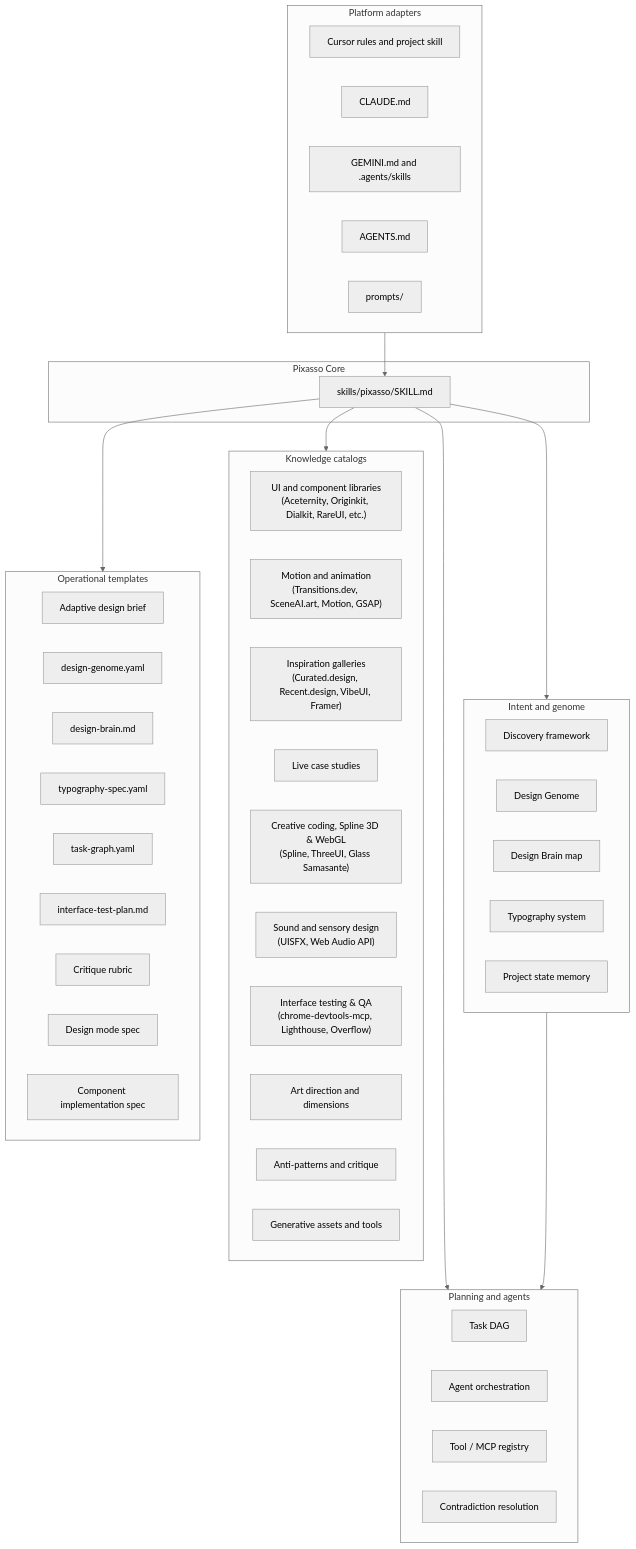
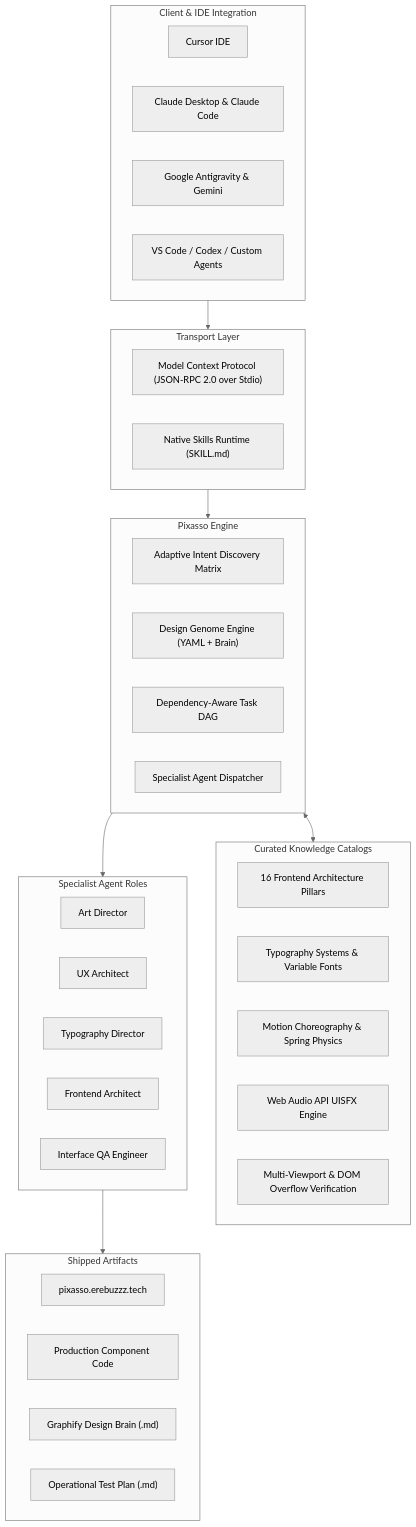
Before and after one commit to Erebuzzz/pixasso: the first of 5 diagrams in README.md, drawn with Mermaid (neutral theme). The commit also changed other lines of this file and 97 other files, not shown here.

Commit message:
feat: complete end-to-end frontend orchestrator, mcp server, showcase site, and multi-platform installer

````diff
--- a/README.md
+++ b/README.md
@@ -99,61 +80,50 @@
 ```mermaid
 flowchart TB
-    subgraph Core ["Pixasso Core"]
-        SKILL["skills/pixasso/SKILL.md"]
+    subgraph ClientLayer ["Client & IDE Integration"]
+        Cursor["Cursor IDE"]
+        Claude["Claude Desktop & Claude Code"]
+        Antigravity["Google Antigravity & Gemini"]
+        Codex["VS Code / Codex / Custom Agents"]
     end
 
-    subgraph Intent ["Intent and genome"]
-        DISC["Discovery framework"]
-        GENOME["Design Genome"]
-        BRAIN["Design Brain map"]
-        TYPE["Typography system"]
-        MEM["Project state memory"]
+    subgraph Protocol ["Transport Layer"]
+        JSONRPC["Model Context Protocol (JSON-RPC 2.0 over Stdio)"]
+        SkillsShim["Native Skills Runtime (SKILL.md)"]
     end
 
-    subgraph Plan ["Planning and agents"]
-        DAG["Task DAG"]
-        ORCH["Agent orchestration"]
-        TOOLS["Tool / MCP registry"]
-        CONTR["Contradiction resolution"]
+    subgraph PixassoCore ["Pixasso Engine"]
+        Discovery["Adaptive Intent Discovery Matrix"]
+        Genome["Design Genome Engine (YAML + Brain)"]
+        TaskDAG["Dependency-Aware Task DAG"]
+        Orchestrator["Specialist Agent Dispatcher"]
     end
 
-    subgraph References ["Knowledge catalogs"]
-        UI_REF["UI and component libraries<br/>(Aceternity, Originkit, Dialkit, RareUI, etc.)"]
-        MOTION_REF["Motion and animation<br/>(Transitions.dev, SceneAI.art, Motion, GSAP)"]
-        GALLERY_REF["Inspiration galleries<br/>(Curated.design, Recent.design, VibeUI, Framer)"]
-        CASES_REF["Live case studies"]
-        CREATIVE_REF["Creative coding, Spline 3D & WebGL<br/>(Spline, ThreeUI, Glass Samasante)"]
-        SOUND_REF["Sound and sensory design<br/>(UISFX, Web Audio API)"]
-        QA_REF["Interface testing & QA<br/>(chrome-devtools-mcp, Lighthouse, Overflow)"]
-        ART_REF["Art direction and dimensions"]
-        ANTIPATTERN_REF["Anti-patterns and critique"]
-        GEN_REF["Generative assets and tools"]
+    subgraph KnowledgeHub ["Curated Knowledge Catalogs"]
+        Pillars["16 Frontend Architecture Pillars"]
+        TypeSpec["Typography Systems & Variable Fonts"]
+        MotionSpec["Motion Choreography & Spring Physics"]
+        SensorySpec["Web Audio API UISFX Engine"]
+        QASpec["Multi-Viewport & DOM Overflow Verification"]
     end
 
-    subgraph Templates ["Operational templates"]
-        BRIEF["Adaptive design brief"]
-        GYAML["design-genome.yaml"]
-        BRAINMD["design-brain.md"]
-        TYAML["typography-spec.yaml"]
-        TG["task-graph.yaml"]
-        TEST_PLAN["interface-test-plan.md"]
-        CRITIQUE["Critique rubric"]
-        MODE["Design mode spec"]
-        COMP["Component implementation spec"]
+    subgraph Specialists ["Specialist Agent Roles"]
+        ArtDir["Art Director"]
+        UXArch["UX Architect"]
+        TypeDir["Typography Director"]
+        FrontArch["Frontend Architect"]
+        QAEng["Interface QA Engineer"]
     end
 
-    subgraph Adapters ["Platform adapters"]
-        CURSOR["Cursor rules and project skill"]
-        CLAUDE["CLAUDE.md"]
-        GEMINI["GEMINI.md and .agents/skills"]
-        AGENTS["AGENTS.md"]
-        PROMPTS["prompts/"]
+    subgraph Delivery ["Shipped Artifacts"]
+        Site["pixasso.erebuzzz.tech"]
+        CodeProd["Production Component Code"]
+        DesignBrain["Graphify Design Brain (.md)"]
+        TestPlan["Operational Test Plan (.md)"]
     end
 
-    SKILL --> Intent
-    SKILL --> Plan
-    SKILL --> References
-    SKILL --> Templates
-    Adapters --> SKILL
-    Intent --> Plan
+    ClientLayer --> Protocol
+    Protocol --> PixassoCore
+    PixassoCore <--> KnowledgeHub
+    PixassoCore --> Specialists
+    Specialists --> Delivery
 ```
````
